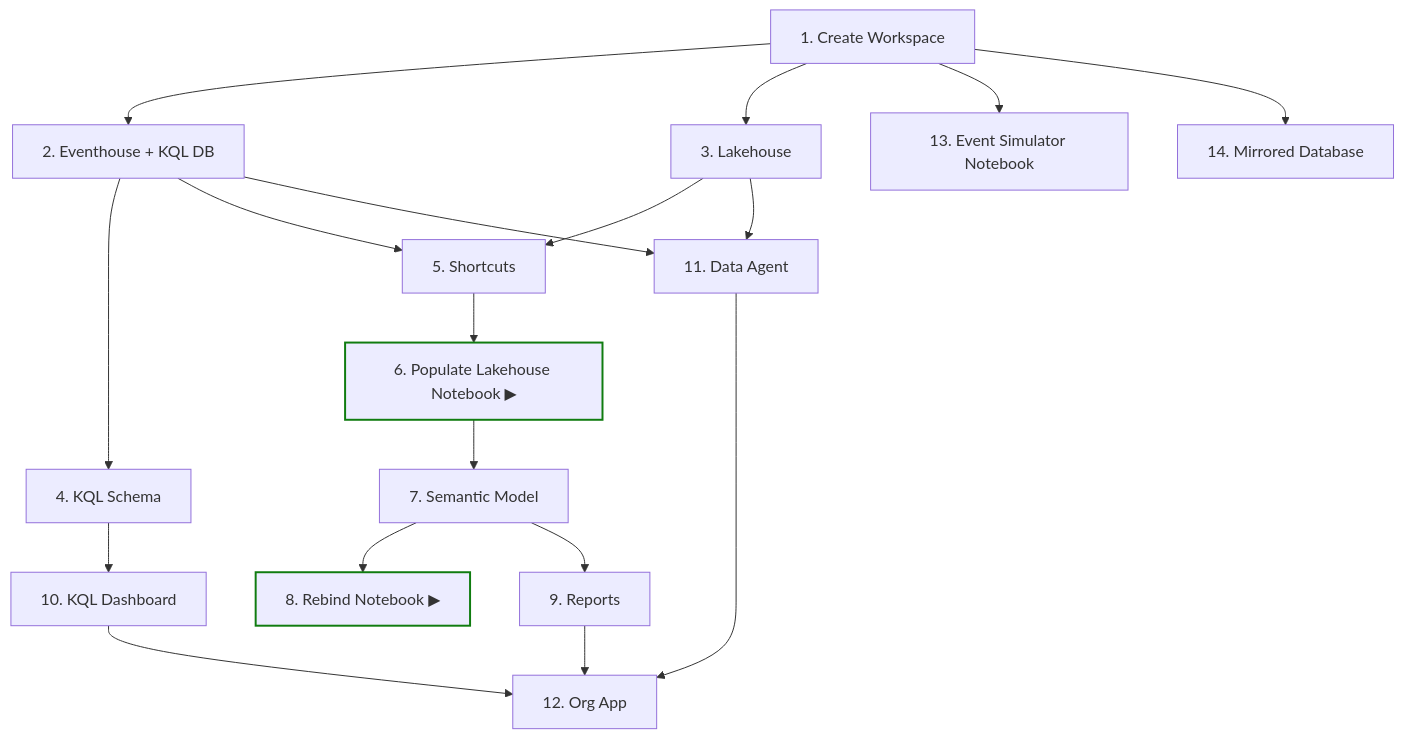
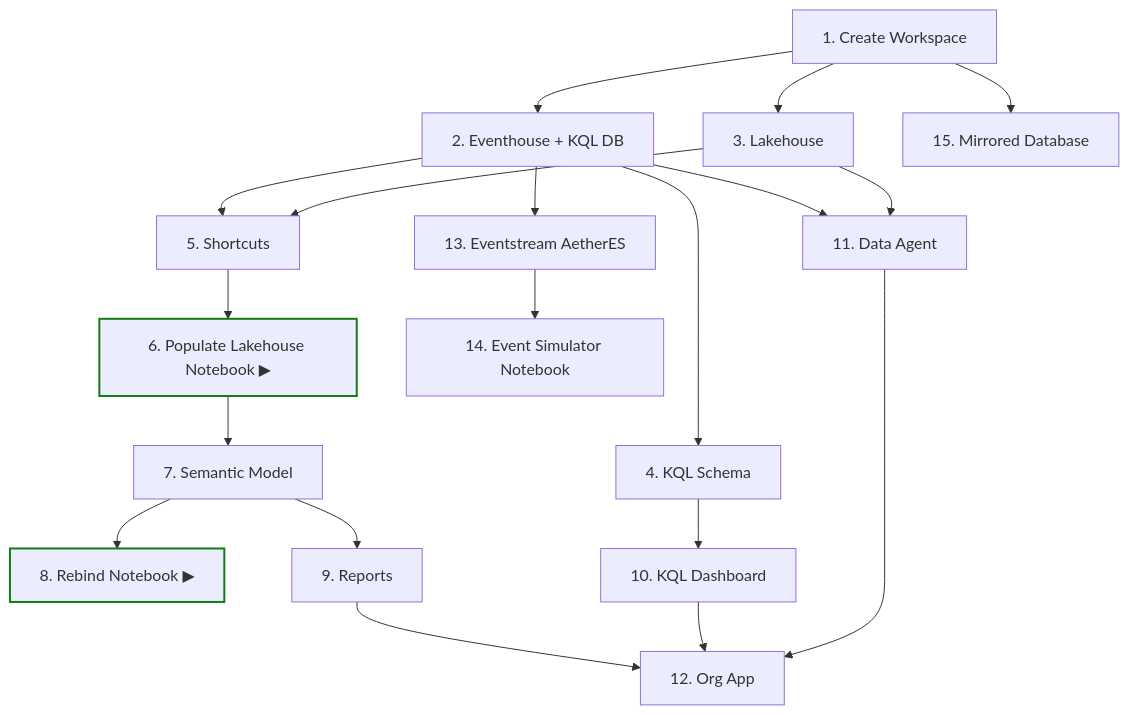
One commit to MitchSS/FabricMystery changed the second of 2 diagrams in README.md. Above: the diagram before and after it, drawn with Mermaid. The commit also changed other lines of this file and 5 other files, not shown here.

Commit message:
Automate Event Hub connection via AetherES Eventstream in deploy

````diff
--- a/README.md
+++ b/README.md
@@ -163,23 +169,24 @@
 ```mermaid
 flowchart TD
     A[1. Create Workspace] --> B[2. Eventhouse + KQL DB]
     A --> C[3. Lakehouse]
     B --> D[4. KQL Schema]
     B --> E[5. Shortcuts]
     C --> E
     E --> F[6. Populate Lakehouse Notebook ▶]
     F --> G[7. Semantic Model]
     G --> H[8. Rebind Notebook ▶]
     G --> I[9. Reports]
     D --> J[10. KQL Dashboard]
     B --> K[11. Data Agent]
     C --> K
     I --> L[12. Org App]
     J --> L
     K --> L
-    A --> M[13. Event Simulator Notebook]
-    A --> N[14. Mirrored Database]
+    B --> ES2[13. Eventstream AetherES]
+    ES2 --> M[14. Event Simulator Notebook]
+    A --> N[15. Mirrored Database]
 
     style F stroke:#107C10,stroke-width:2px
     style H stroke:#107C10,stroke-width:2px
 ```
````
